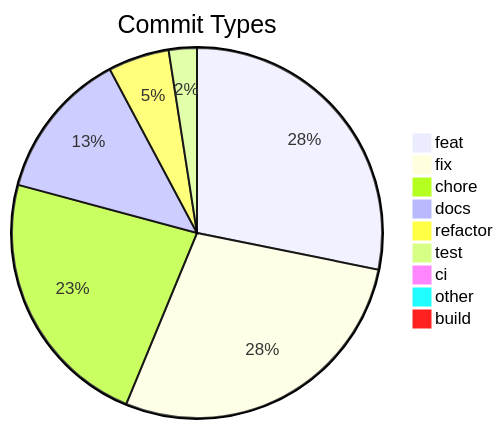
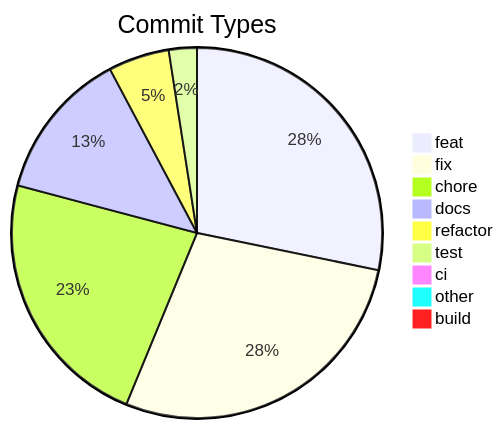
Before and after one commit to svenroth-ai/shipwright: the diagram in .shipwright/compliance/change-history.md, drawn with Mermaid. The commit also changed other lines of this file and 19 other files, not shown here.

````diff
--- a/.shipwright/compliance/change-history.md
+++ b/.shipwright/compliance/change-history.md
@@ -8,12 +8,12 @@
 ```mermaid
 pie title Commit Types
-    "feat" : 264
+    "feat" : 265
     "fix" : 263
     "chore" : 215
-    "docs" : 122
+    "docs" : 123
     "refactor" : 50
     "test" : 23
     "ci" : 7
     "other" : 7
     "build" : 1
 ```
````
